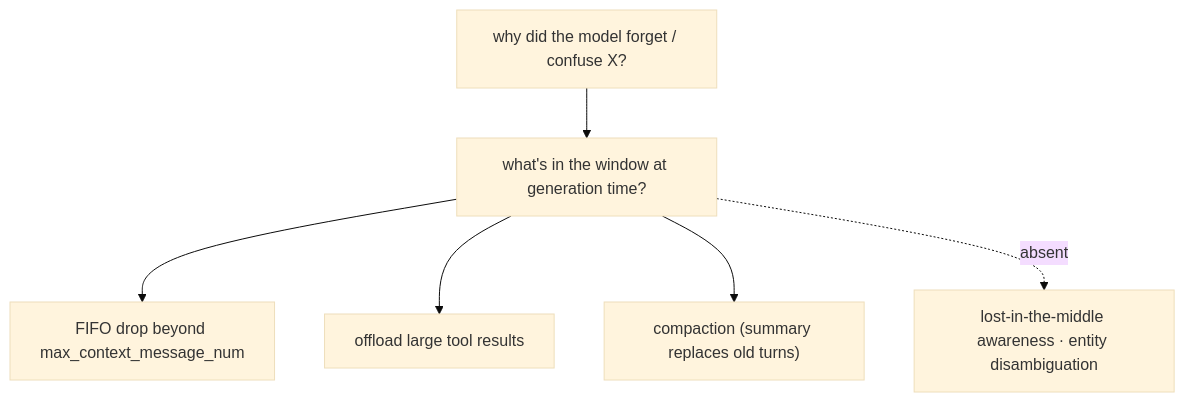
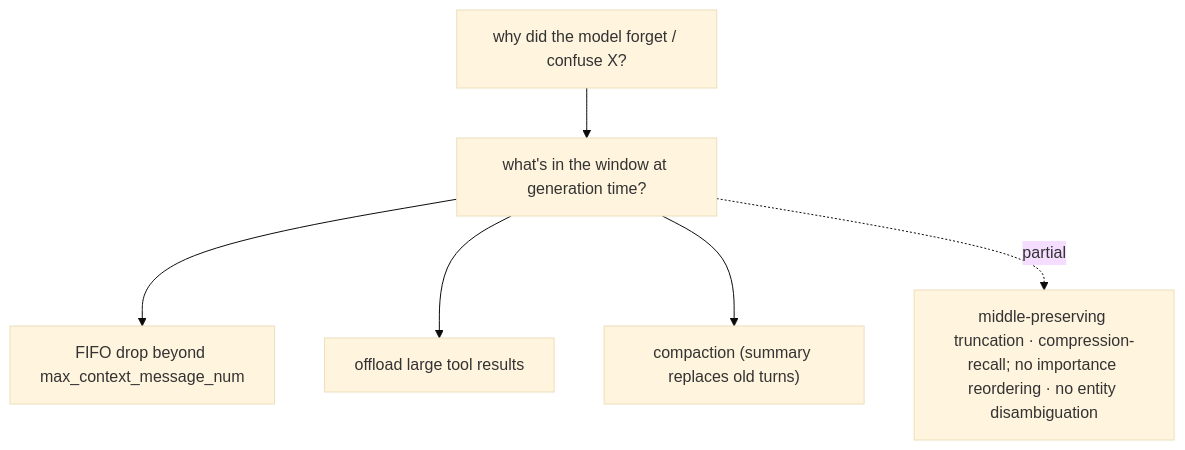
Before and after one commit to michaelatamuk/openjiuwen-knowledge: diagram 15 of 25 in content/topics/01-llm-foundations.md, drawn with Mermaid (base theme). The commit also changed other lines of this file and 5 other files, not shown here.

Commit message:
content: correct 01-9/01-16 - middle-preserving truncation and compression-recall exist

````diff
--- a/content/topics/01-llm-foundations.md
+++ b/content/topics/01-llm-foundations.md
@@ -416,8 +416,8 @@
 ```mermaid
 flowchart TD
     Q["why did the model forget / confuse X?"] --> W["what's in the window at generation time?"]
     W --> DROP["FIFO drop beyond max_context_message_num"]
     W --> OFF["offload large tool results"]
     W --> COMP["compaction (summary replaces old turns)"]
-    W -.->|"absent"| X["lost-in-the-middle awareness · entity disambiguation"]
+    W -.->|"partial"| X["middle-preserving truncation · compression-recall; no importance reordering · no entity disambiguation"]
 ```
````
